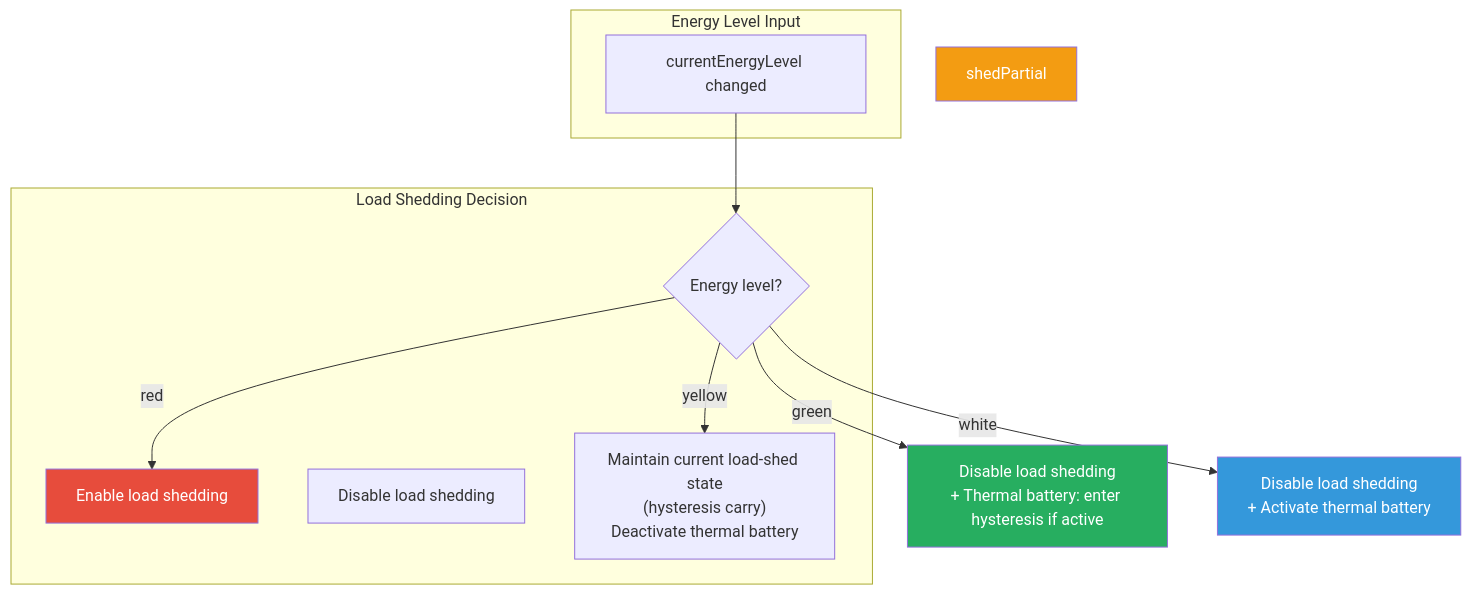
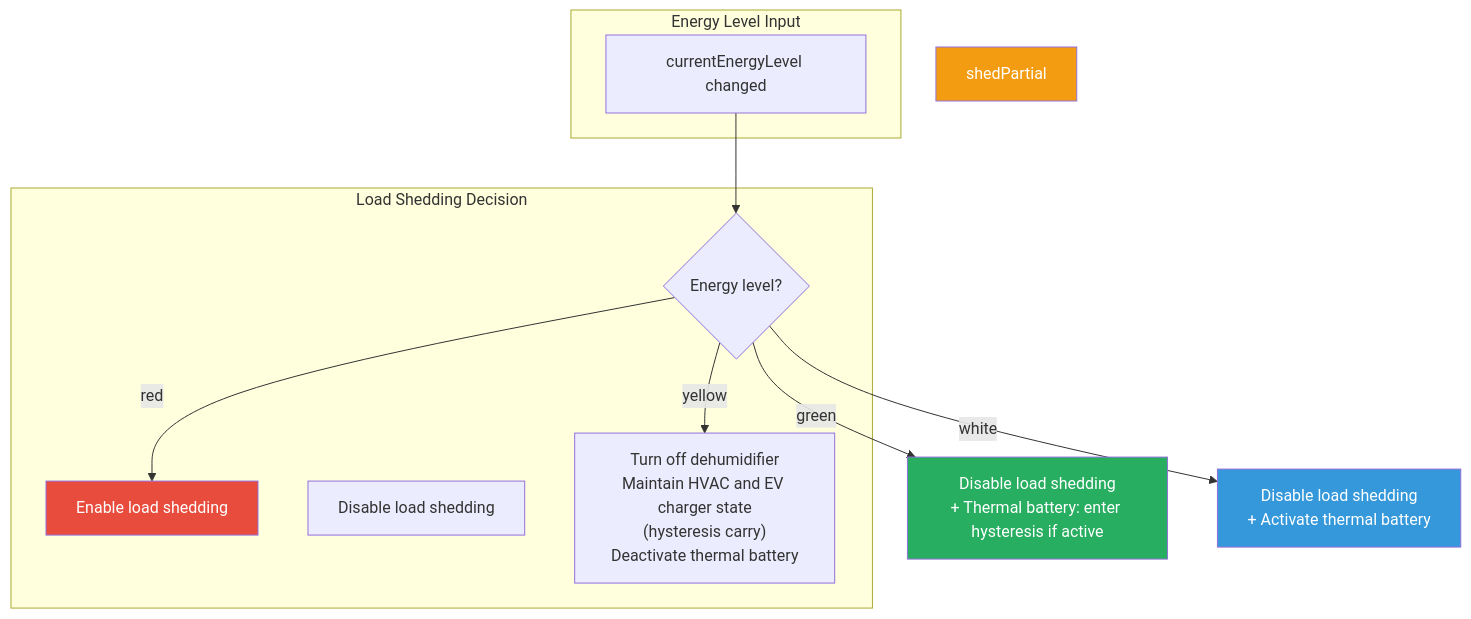
Before and after one commit to NickBorgers/home-automation: the first of 7 diagrams in docs/flows/LOAD_SHEDDING.md, drawn with Mermaid. The commit also changed other lines of this file and 2 other files, not shown here.

First line of the commit message:
feat(loadshedding): turn off dehumidifier at yellow

````diff
--- a/docs/flows/LOAD_SHEDDING.md
+++ b/docs/flows/LOAD_SHEDDING.md
@@ -15,24 +15,24 @@
 ```mermaid
 flowchart TD
     subgraph Input["Energy Level Input"]
         currentLevel["currentEnergyLevel changed"]
     end
 
     subgraph Decision["Load Shedding Decision"]
         checkLevel{"Energy level?"}
         enableLS["Enable load shedding"]
         disableLS["Disable load shedding"]
         maintain["Maintain current state<br/>(hysteresis)"]
     end
 
     currentLevel --> checkLevel
     checkLevel -->|red| enableLS
     checkLevel -->|green| greenAction["Disable load shedding<br/>+ Thermal battery: enter hysteresis if active"]
     checkLevel -->|white| thermalBattery["Disable load shedding<br/>+ Activate thermal battery"]
-    checkLevel -->|yellow| maintain["Maintain current load-shed state<br/>(hysteresis carry)<br/>Deactivate thermal battery"]
+    checkLevel -->|yellow| maintain["Turn off dehumidifier<br/>Maintain HVAC and EV charger state<br/>(hysteresis carry)<br/>Deactivate thermal battery"]
 
     style enableLS fill:#e74c3c,color:#fff
     style greenAction fill:#27ae60,color:#fff
     style thermalBattery fill:#3498db,color:#fff
     style shedPartial fill:#f39c12,color:#fff
 ```
````
